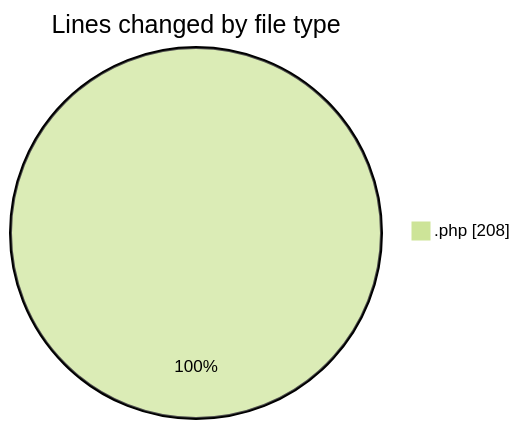
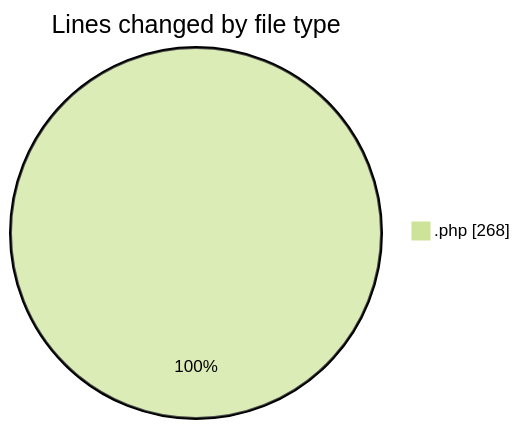
Before and after one commit to LanceThiago/code-tracking: the first of 2 diagrams in 2025-01-06/totem/README.md, drawn with Mermaid (forest theme). The commit also changed other lines of this file and 1 other file, not shown here.

````diff
--- a/2025-01-06/totem/README.md
+++ b/2025-01-06/totem/README.md
@@ -21,5 +22,5 @@
 ```mermaid
 pie showData
 title Lines changed by file type
-".php" : 208
+".php" : 268
 ```
````
